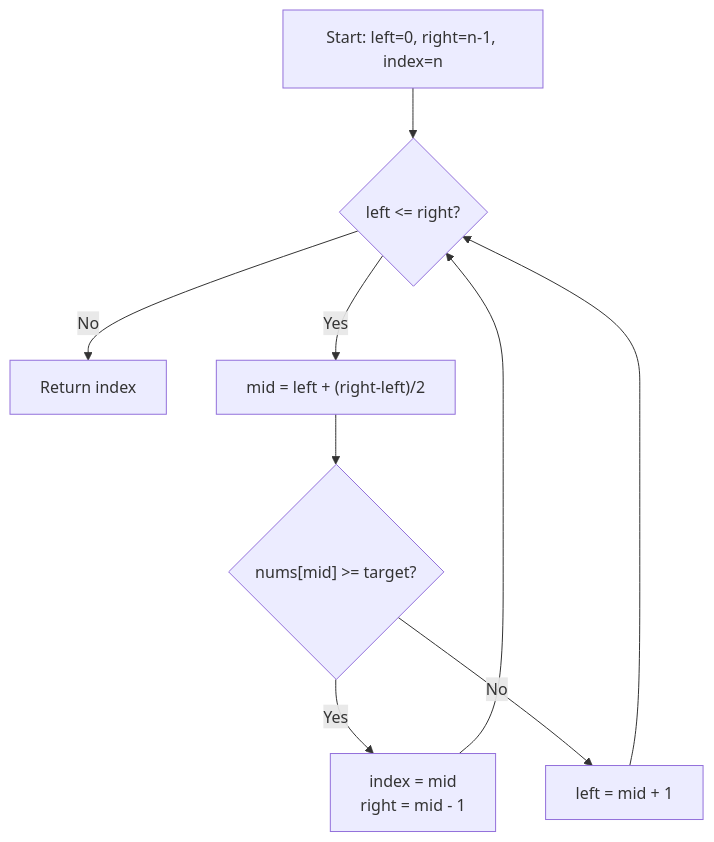
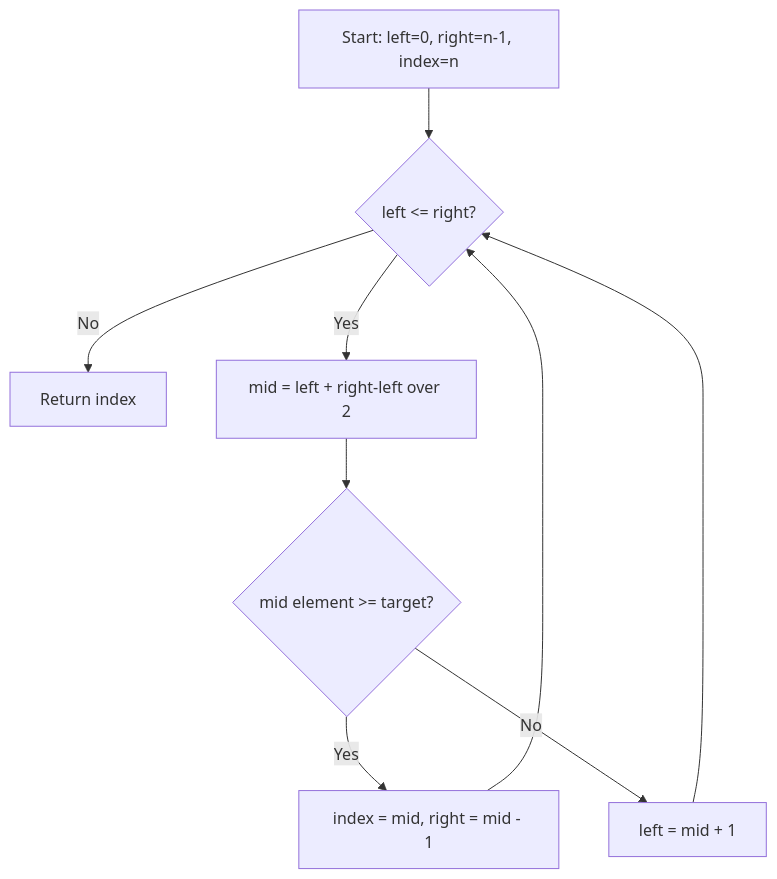
The second of 14 diagrams in dsa/Advanced/04-Binary search/02-logic-building/logic-building-1.md (pentoshi007/tuf), drawn with Mermaid before and after one commit. The commit also changed other lines of this file and 1 other file, not shown here.

First line of the commit message:
Fix Mermaid diagram syntax for GitHub compatibility

````diff
--- a/dsa/Advanced/04-Binary search/02-logic-building/logic-building-1.md
+++ b/dsa/Advanced/04-Binary search/02-logic-building/logic-building-1.md
@@ -80,11 +80,11 @@
 ```mermaid
 flowchart TD
-    A["Start: left=0, right=n-1, index=n"] --> B{left <= right?}
+    A["Start: left=0, right=n-1, index=n"] --> B{"left <= right?"}
     B -->|No| Z["Return index"]
-    B -->|Yes| C["mid = left + (right-left)/2"]
-    C --> D{"nums[mid] >= target?"}
-    D -->|Yes| E["index = mid\nright = mid - 1"]
+    B -->|Yes| C["mid = left + right-left over 2"]
+    C --> D{"mid element >= target?"}
+    D -->|Yes| E["index = mid, right = mid - 1"]
     D -->|No| F["left = mid + 1"]
     E --> B
     F --> B
 ```
````
